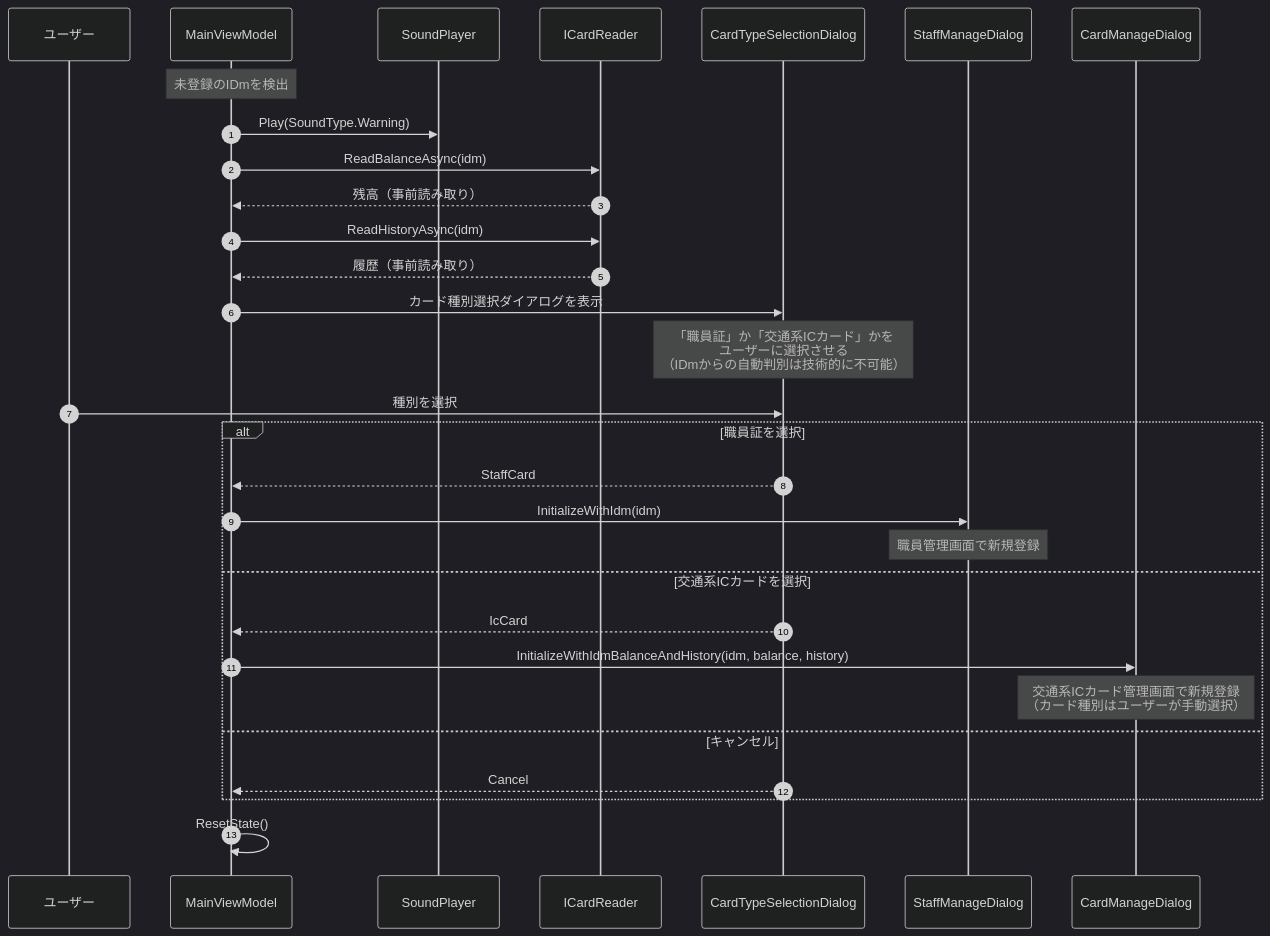
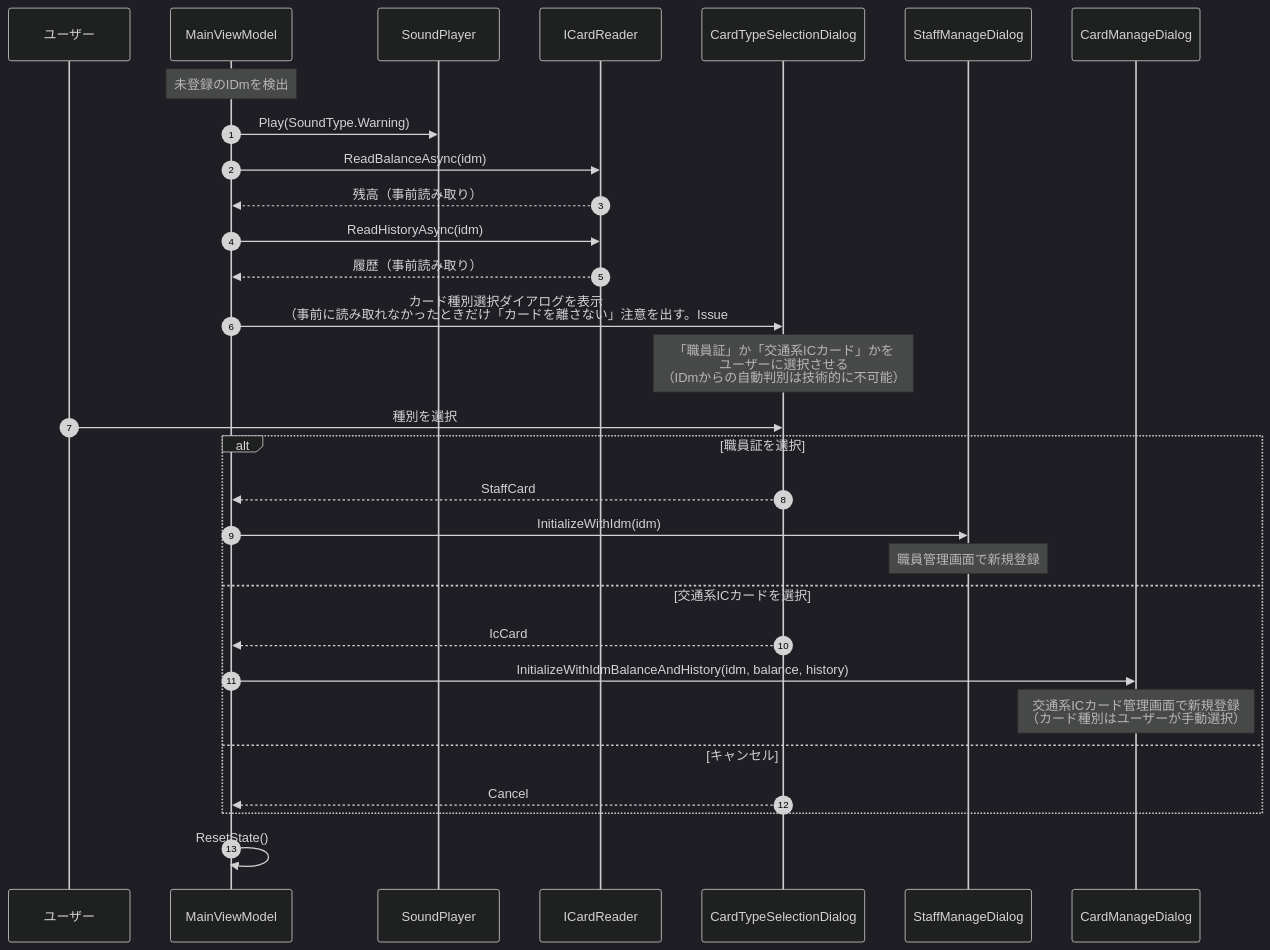
The sixth of 17 diagrams in ICCardManager/docs/design/06_シーケンス図.md (kuwayamamasayuki/ICCardManager), drawn with Mermaid (dark theme) before and after one commit. The commit also changed 13 other files, not shown here.

````diff
--- a/ICCardManager/docs/design/06_シーケンス図.md
+++ b/ICCardManager/docs/design/06_シーケンス図.md
@@ -503,37 +503,37 @@
 ```mermaid
 sequenceDiagram
     autonumber
     participant User as ユーザー
     participant VM as MainViewModel
     participant Sound as SoundPlayer
     participant Reader as ICardReader
     participant Dialog as CardTypeSelectionDialog
     participant StaffDlg as StaffManageDialog
     participant CardDlg as CardManageDialog
 
     Note over VM: 未登録のIDmを検出
 
     VM->>Sound: Play(SoundType.Warning)
     VM->>Reader: ReadBalanceAsync(idm)
     Reader-->>VM: 残高（事前読み取り）
     VM->>Reader: ReadHistoryAsync(idm)
     Reader-->>VM: 履歴（事前読み取り）
 
-    VM->>Dialog: カード種別選択ダイアログを表示
+    VM->>Dialog: カード種別選択ダイアログを表示<br/>（事前に読み取れなかったときだけ「カードを離さない」注意を出す。Issue #2385）
     Note over Dialog: 「職員証」か「交通系ICカード」かを<br/>ユーザーに選択させる<br/>（IDmからの自動判別は技術的に不可能）
     User->>Dialog: 種別を選択
 
     alt 職員証を選択
         Dialog-->>VM: StaffCard
         VM->>StaffDlg: InitializeWithIdm(idm)
         Note over StaffDlg: 職員管理画面で新規登録
     else 交通系ICカードを選択
         Dialog-->>VM: IcCard
         VM->>CardDlg: InitializeWithIdmBalanceAndHistory(idm, balance, history)
         Note over CardDlg: 交通系ICカード管理画面で新規登録<br/>（カード種別はユーザーが手動選択）
     else キャンセル
         Dialog-->>VM: Cancel
     end
 
     VM->>VM: ResetState()
 ```
````
